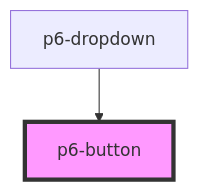
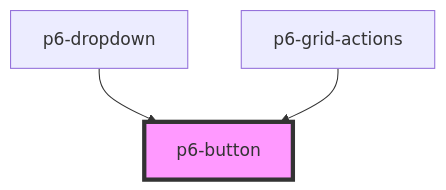
Before and after one commit to amalto/platform6-ui-components: the diagram in src/components/atoms/p6-button/readme.md, drawn with Mermaid. The commit also changed other lines of this file and 53 other files, not shown here.

````diff
--- a/src/components/atoms/p6-button/readme.md
+++ b/src/components/atoms/p6-button/readme.md
@@ -24,5 +25,6 @@
 ```mermaid
 graph TD;
   p6-dropdown --> p6-button
+  p6-grid-actions --> p6-button
   style p6-button fill:#f9f,stroke:#333,stroke-width:4px
 ```
````
